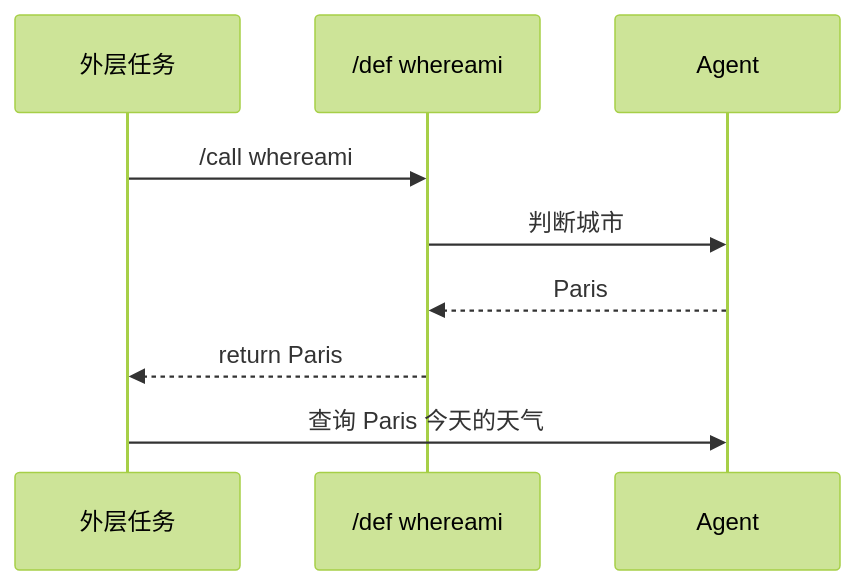
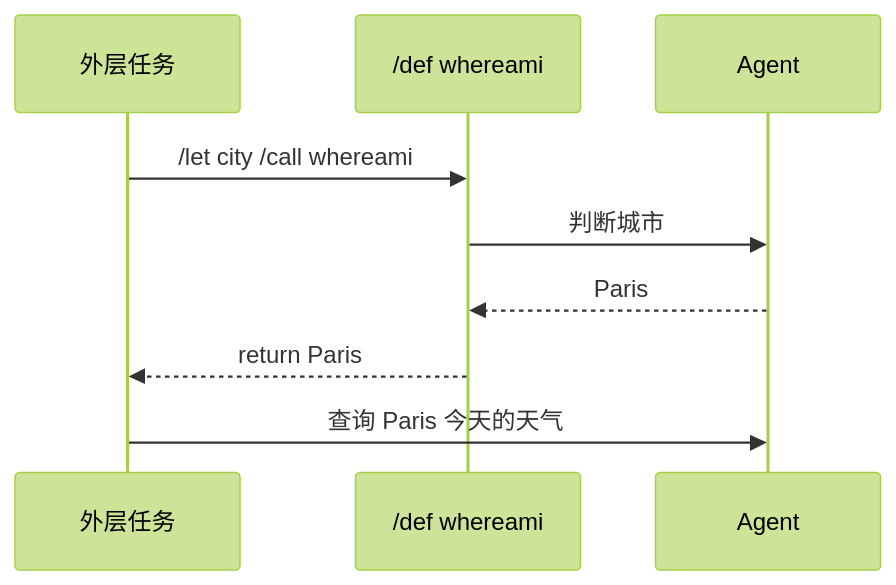
The diagram in docs/user/04-reuse.md (chinaykc/atm), drawn with Mermaid (forest theme) before and after one commit. The commit also changed other lines of this file and 218 other files, not shown here.

Commit message:
Refactor ATM package architecture

````diff
--- a/docs/user/04-reuse.md
+++ b/docs/user/04-reuse.md
@@ -33,11 +34,11 @@
 ```mermaid
 sequenceDiagram
   participant O as 外层任务
   participant D as /def whereami
   participant A as Agent
-  O->>D: /call whereami
+  O->>D: /let city /call whereami
   D->>A: 判断城市
   A-->>D: Paris
   D-->>O: return Paris
   O->>A: 查询 Paris 今天的天气
 ```
````
